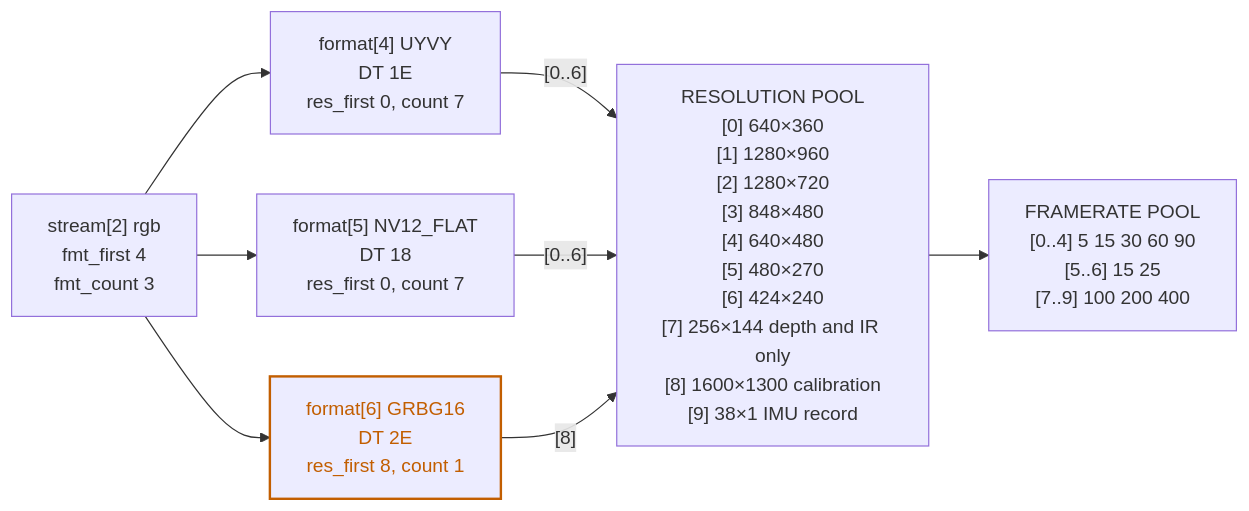
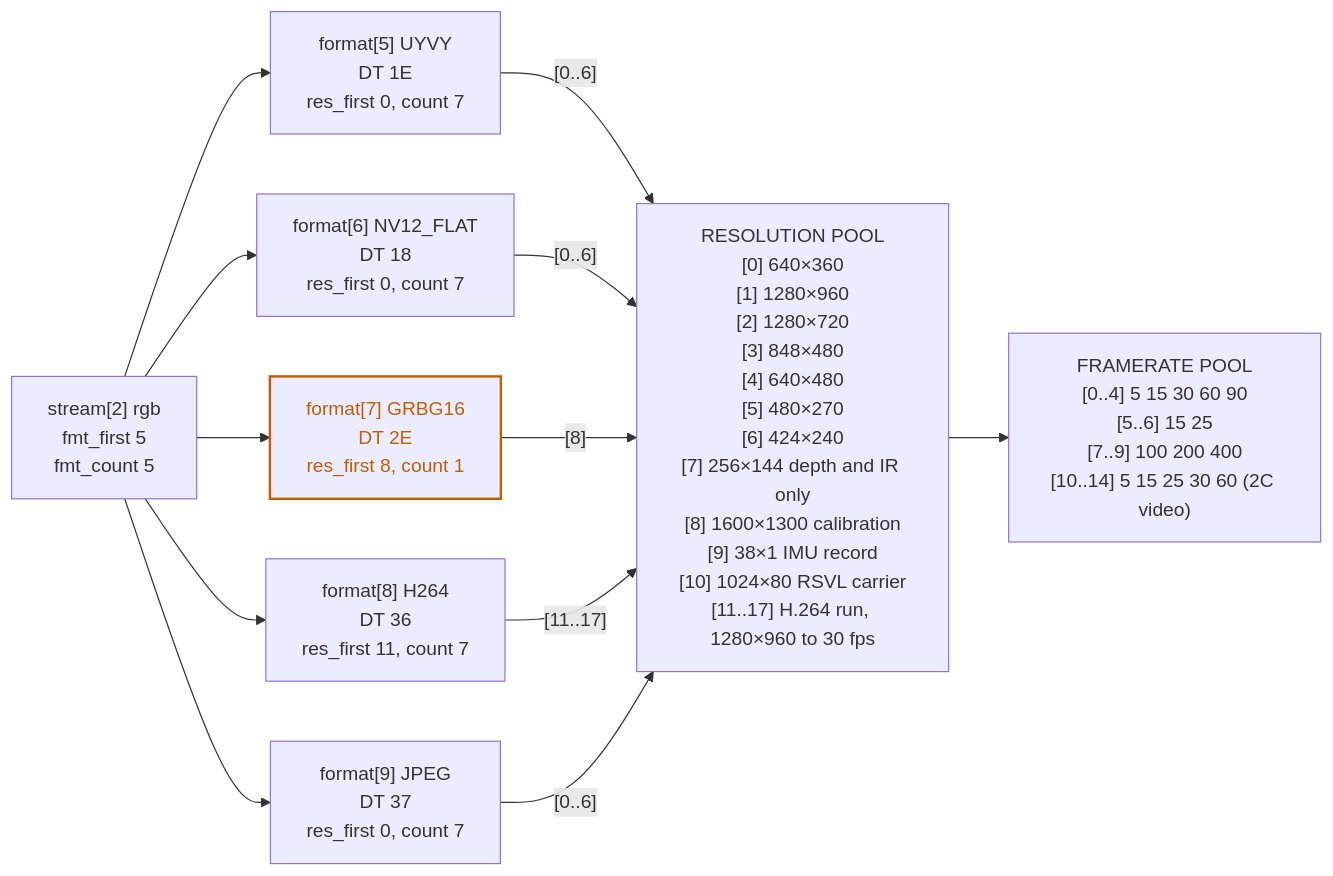
The second of 2 diagrams in docs/camera-format-descriptor.md (realsenseai/realsense_mipi_platform_driver), drawn with Mermaid before and after one commit. The commit also changed other lines of this file and 27 other files, not shown here.

````diff
--- a/docs/camera-format-descriptor.md
+++ b/docs/camera-format-descriptor.md
@@ -267,23 +268,29 @@
 ```mermaid
 flowchart LR
-  rgb["stream[2] rgb<br/>fmt_first 4<br/>fmt_count 3"]
+  rgb["stream[2] rgb<br/>fmt_first 5<br/>fmt_count 5"]
 
-  f4["format[4] UYVY<br/>DT 1E<br/>res_first 0, count 7"]
-  f5["format[5] NV12_FLAT<br/>DT 18<br/>res_first 0, count 7"]
-  f6["format[6] GRBG16<br/>DT 2E<br/>res_first 8, count 1"]
+  f5["format[5] UYVY<br/>DT 1E<br/>res_first 0, count 7"]
+  f6["format[6] NV12_FLAT<br/>DT 18<br/>res_first 0, count 7"]
+  f7["format[7] GRBG16<br/>DT 2E<br/>res_first 8, count 1"]
+  f8["format[8] H264<br/>DT 36<br/>res_first 11, count 7"]
+  f9["format[9] JPEG<br/>DT 37<br/>res_first 0, count 7"]
 
-  res["RESOLUTION POOL<br/>[0] 640×360<br/>[1] 1280×960<br/>[2] 1280×720<br/>[3] 848×480<br/>[4] 640×480<br/>[5] 480×270<br/>[6] 424×240<br/>[7] 256×144 depth and IR only<br/>[8] 1600×1300 calibration<br/>[9] 38×1 IMU record"]
+  res["RESOLUTION POOL<br/>[0] 640×360<br/>[1] 1280×960<br/>[2] 1280×720<br/>[3] 848×480<br/>[4] 640×480<br/>[5] 480×270<br/>[6] 424×240<br/>[7] 256×144 depth and IR only<br/>[8] 1600×1300 calibration<br/>[9] 38×1 IMU record<br/>[10] 1024×80 RSVL carrier<br/>[11..17] H.264 run, 1280×960 to 30 fps"]
 
-  fps["FRAMERATE POOL<br/>[0..4] 5 15 30 60 90<br/>[5..6] 15 25<br/>[7..9] 100 200 400"]
+  fps["FRAMERATE POOL<br/>[0..4] 5 15 30 60 90<br/>[5..6] 15 25<br/>[7..9] 100 200 400<br/>[10..14] 5 15 25 30 60 (2C video)"]
 
-  rgb --> f4
   rgb --> f5
   rgb --> f6
-  f4 -- "[0..6]" --> res
+  rgb --> f7
+  rgb --> f8
+  rgb --> f9
   f5 -- "[0..6]" --> res
-  f6 -- "[8]" --> res
+  f6 -- "[0..6]" --> res
+  f7 -- "[8]" --> res
+  f8 -- "[11..17]" --> res
+  f9 -- "[0..6]" --> res
   res --> fps
 
   classDef calib stroke:#C25E00,stroke-width:2px,color:#C25E00
-  class f6 calib
+  class f7 calib
 ```
````
